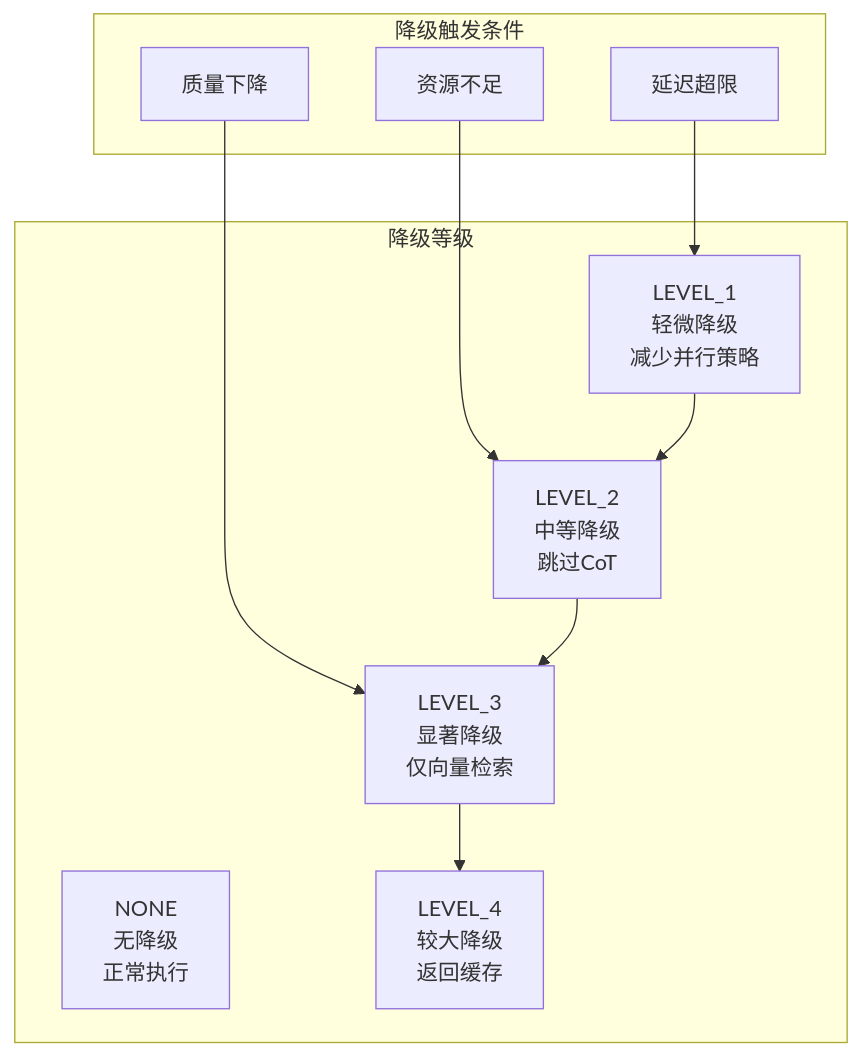
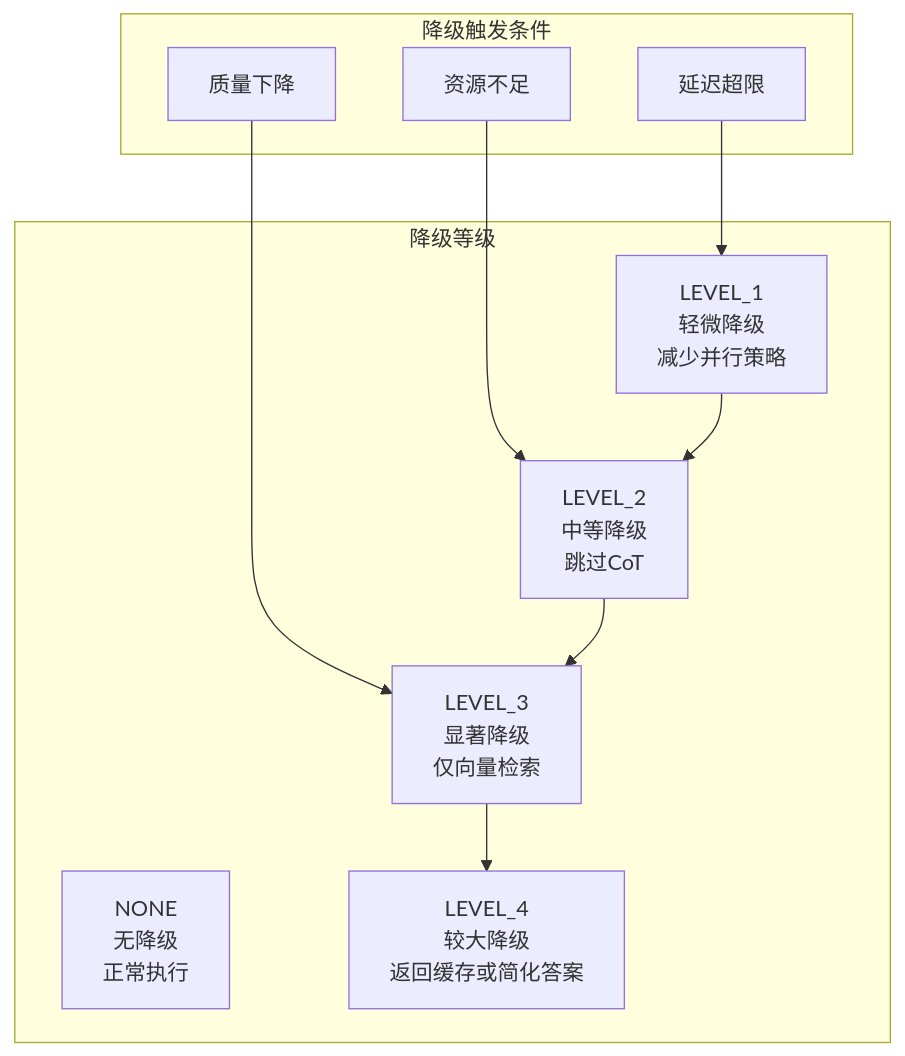
One commit to JieGaoPrinceton/NecoRAG changed diagram 11 of 16 in .qoder/repowiki/zh/content/检索引擎模块/智能路由与策略融合引擎.md. Above: the diagram before and after it, drawn with Mermaid. The commit also changed other lines of this file and 70 other files, not shown here.

````diff
--- a/.qoder/repowiki/zh/content/检索引擎模块/智能路由与策略融合引擎.md
+++ b/.qoder/repowiki/zh/content/检索引擎模块/智能路由与策略融合引擎.md
@@ -533,21 +539,21 @@
 ```mermaid
 graph TB
 subgraph "降级等级"
 Level0[NONE<br/>无降级<br/>正常执行]
 Level1[LEVEL_1<br/>轻微降级<br/>减少并行策略]
 Level2[LEVEL_2<br/>中等降级<br/>跳过CoT]
 Level3[LEVEL_3<br/>显著降级<br/>仅向量检索]
-Level4[LEVEL_4<br/>较大降级<br/>返回缓存]
+Level4[LEVEL_4<br/>较大降级<br/>返回缓存或简化答案]
 end
 subgraph "降级触发条件"
 Latency[延迟超限]
 Resource[资源不足]
 Quality[质量下降]
 end
 Latency --> Level1
 Resource --> Level2
 Quality --> Level3
 Level1 --> Level2
 Level2 --> Level3
 Level3 --> Level4
 ```
````
